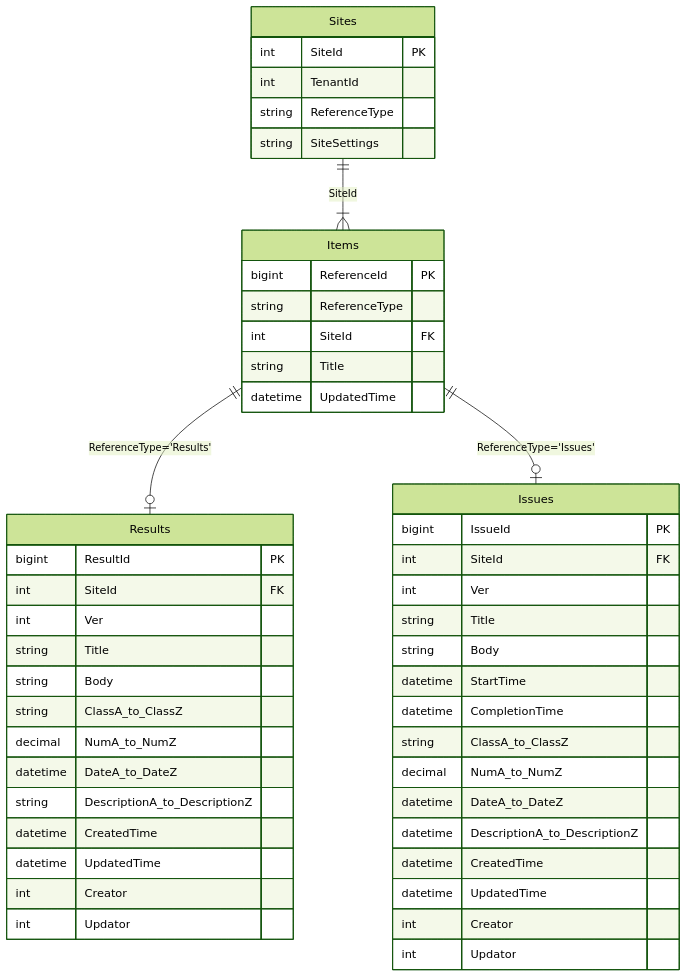
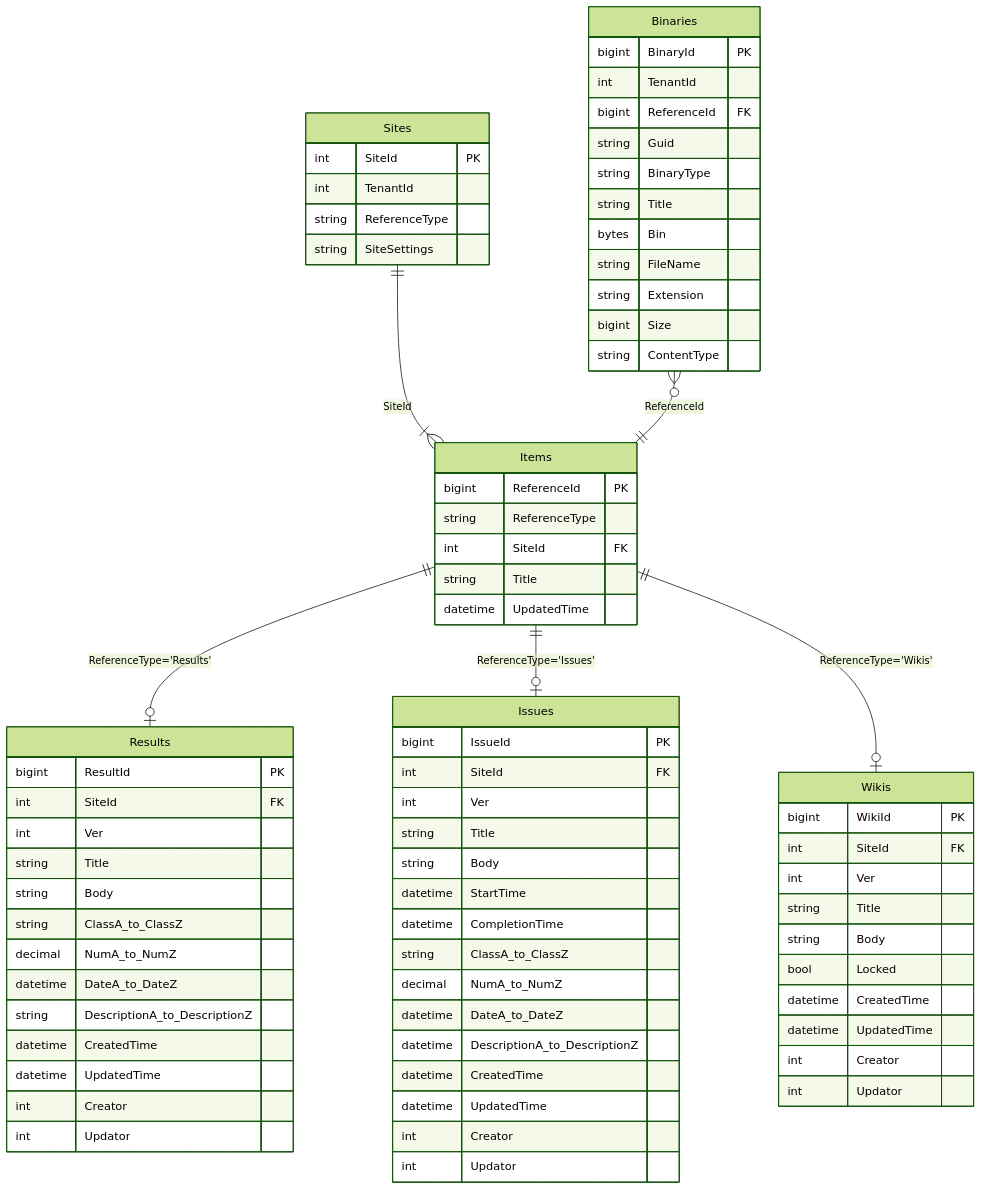
The first of 13 diagrams in docs/research/04-外部連携・フィード/008-複数インスタンス間マスターデータ同期設計.md (vehiclevisionjp/VehicleVision.Pleasanter.ResearchDocuments), drawn with Mermaid (forest theme) before and after one commit. The commit also changed other lines of this file, not shown here.

````diff
--- a/docs/research/04-外部連携・フィード/008-複数インスタンス間マスターデータ同期設計.md
+++ b/docs/research/04-外部連携・フィード/008-複数インスタンス間マスターデータ同期設計.md
@@ -111,51 +131,78 @@
 ```mermaid
 erDiagram
     Items ||--o| Results : "ReferenceType='Results'"
     Items ||--o| Issues : "ReferenceType='Issues'"
+    Items ||--o| Wikis : "ReferenceType='Wikis'"
     Sites ||--|{ Items : "SiteId"
+    Binaries }o--|| Items : "ReferenceId"
     Sites {
         int SiteId PK
         int TenantId
         string ReferenceType
         string SiteSettings
     }
     Items {
         bigint ReferenceId PK
         string ReferenceType
         int SiteId FK
         string Title
         datetime UpdatedTime
     }
     Results {
         bigint ResultId PK
         int SiteId FK
         int Ver
         string Title
         string Body
         string ClassA_to_ClassZ
         decimal NumA_to_NumZ
         datetime DateA_to_DateZ
         string DescriptionA_to_DescriptionZ
         datetime CreatedTime
         datetime UpdatedTime
         int Creator
         int Updator
     }
     Issues {
         bigint IssueId PK
         int SiteId FK
         int Ver
         string Title
         string Body
         datetime StartTime
         datetime CompletionTime
         string ClassA_to_ClassZ
         decimal NumA_to_NumZ
         datetime DateA_to_DateZ
         datetime DescriptionA_to_DescriptionZ
         datetime CreatedTime
         datetime UpdatedTime
         int Creator
         int Updator
     }
+    Wikis {
+        bigint WikiId PK
+        int SiteId FK
+        int Ver
+        string Title
+        string Body
+        bool Locked
+        datetime CreatedTime
+        datetime UpdatedTime
+        int Creator
+        int Updator
+    }
+    Binaries {
+        bigint BinaryId PK
+        int TenantId
+        bigint ReferenceId FK
+        string Guid
+        string BinaryType
+        string Title
+        bytes Bin
+        string FileName
+        string Extension
+        bigint Size
+        string ContentType
+    }
 ```
````
